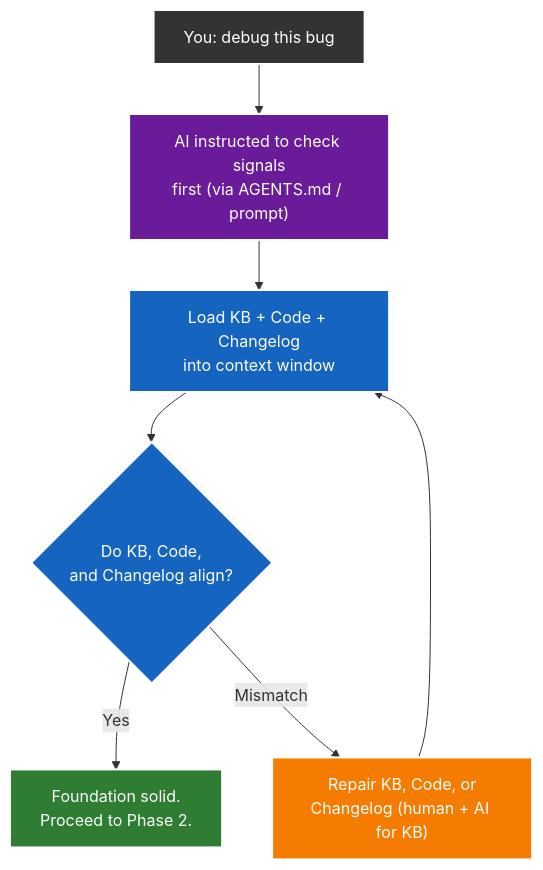
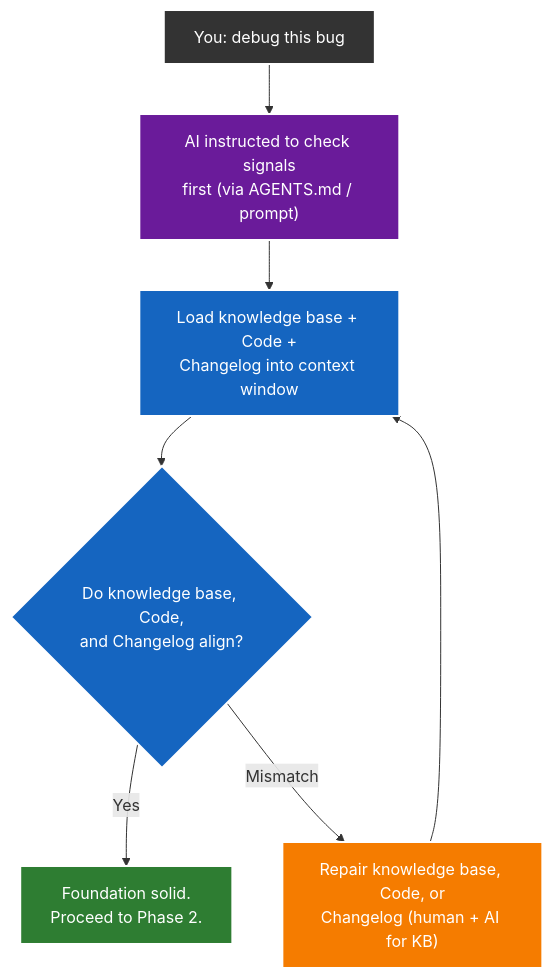
Before and after one commit to jacoby149/web10: the second of 5 diagrams in knowledge/ai-use-theory/ai-use-theory.md, drawn with Mermaid. The commit also changed other lines of this file and 7 other files, not shown here.

Commit message:
docs(ai-use-theory): importance-of-knowledge-base.md + KB → knowledge base everywhere

````diff
--- a/knowledge/ai-use-theory/ai-use-theory.md
+++ b/knowledge/ai-use-theory/ai-use-theory.md
@@ -64,24 +64,24 @@
 ```mermaid
 flowchart TD
     START["You: debug this bug"] --> INSTRUCT["AI instructed to check signals\nfirst (via AGENTS.md / prompt)"]
-    INSTRUCT --> LOAD["Load KB + Code + Changelog\ninto context window"]
-    LOAD --> CHECK{"Do KB, Code,\nand Changelog align?"}
+    INSTRUCT --> LOAD["Load knowledge base + Code +\nChangelog into context window"]
+    LOAD --> CHECK{"Do knowledge base, Code,\nand Changelog align?"}
 
     CHECK -->|"Yes"| ORIENTED["Foundation solid.\nProceed to Phase 2."]
 
-    CHECK -->|"Mismatch"| REPAIR["Repair KB, Code, or\nChangelog (human + AI for KB)"]
+    CHECK -->|"Mismatch"| REPAIR["Repair knowledge base, Code, or\nChangelog (human + AI for KB)"]
     REPAIR --> LOAD
 
     classDef prompt fill:#333,color:#fff,stroke:#fff,stroke-width:2px
     classDef instruct fill:#6a1b9a,color:#fff,stroke:#fff,stroke-width:2px
     classDef orient fill:#1565c0,color:#fff,stroke:#fff,stroke-width:2px
     classDef action fill:#f57c00,color:#fff,stroke:#fff,stroke-width:2px
     classDef ok fill:#2e7d32,color:#fff,stroke:#fff,stroke-width:2px
 
     class START prompt
     class INSTRUCT instruct
     class LOAD orient
     class CHECK orient
     class REPAIR action
     class ORIENTED ok
 ```
````
